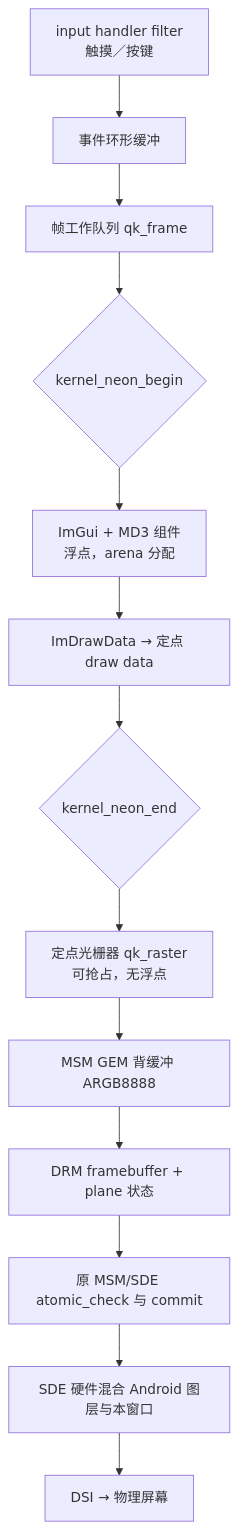
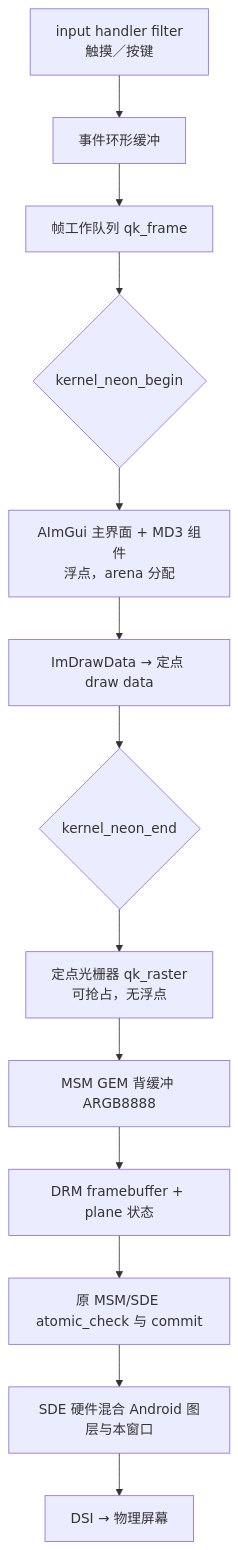
Before and after one commit to ohno1007/Qimgui: the diagram in docs/KERNEL_PORT.md, drawn with Mermaid. The commit also changed other lines of this file and 20 other files, not shown here.

````diff
--- a/docs/KERNEL_PORT.md
+++ b/docs/KERNEL_PORT.md
@@ -24,15 +27,15 @@
 ```mermaid
 flowchart TD
     A[input handler filter<br/>触摸／按键] --> B[事件环形缓冲]
     B --> C[帧工作队列 qk_frame]
     C --> D{kernel_neon_begin}
-    D --> E[ImGui + MD3 组件<br/>浮点，arena 分配]
+    D --> E[AImGui 主界面 + MD3 组件<br/>浮点，arena 分配]
     E --> F[ImDrawData → 定点 draw data]
     F --> G{kernel_neon_end}
     G --> H[定点光栅器 qk_raster<br/>可抢占，无浮点]
     H --> I[MSM GEM 背缓冲 ARGB8888]
     I --> J[DRM framebuffer + plane 状态]
     J --> K[原 MSM/SDE atomic_check 与 commit]
     K --> L[SDE 硬件混合 Android 图层与本窗口]
     L --> M[DSI → 物理屏幕]
 ```
````
